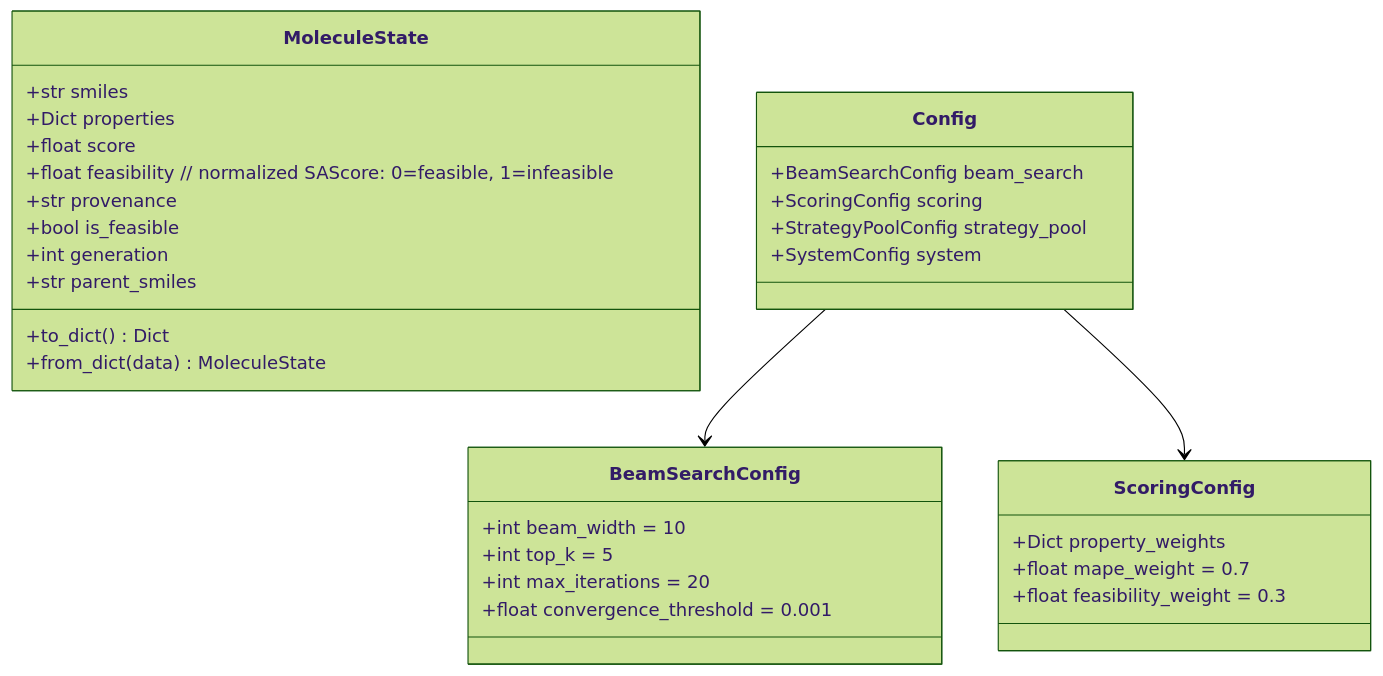
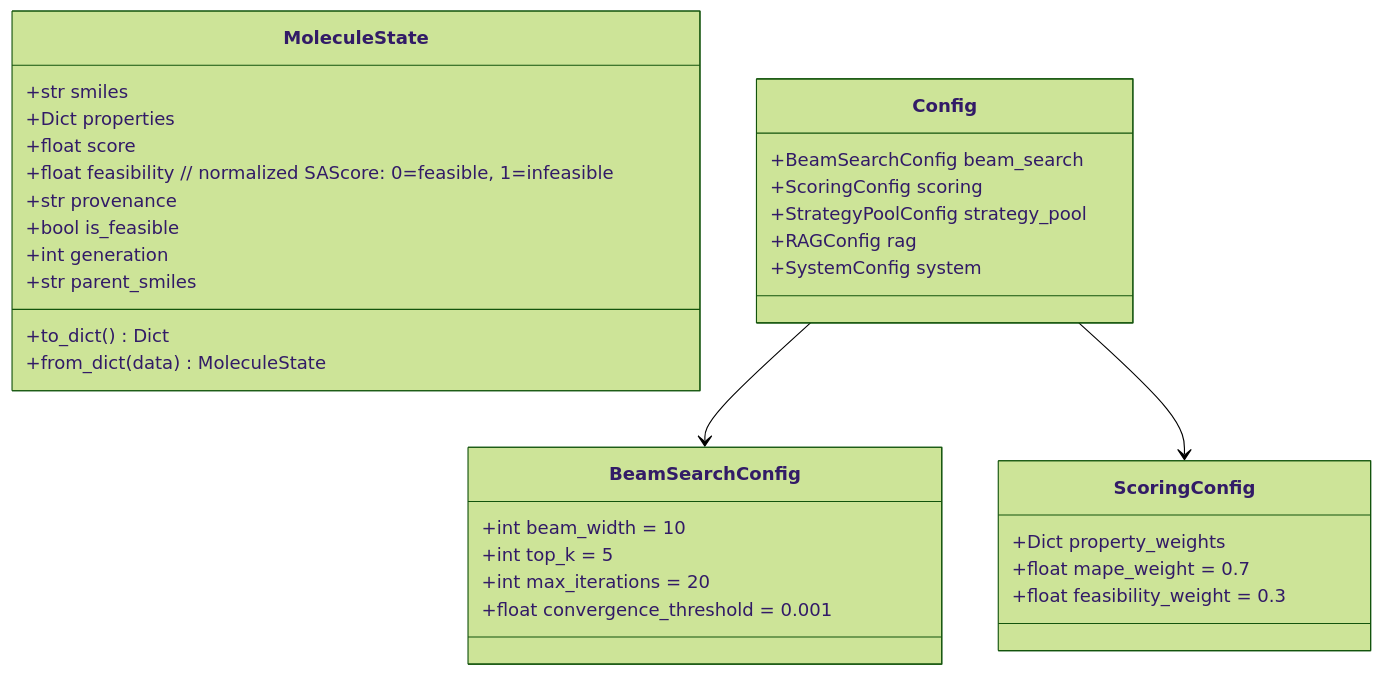
One commit to josefberman/EnergeticGraph changed the fifth of 19 diagrams in docs/system_design.md. Above: the diagram before and after it, drawn with Mermaid (forest theme). The commit also changed other lines of this file and 8 other files, not shown here.

Commit message:
feat: Add RAGConfig for Retrieval-Augmented Generation; integrate RAG property retrieval in ChemistAgent for enhanced property lookup from literature before ML prediction. Update system design documentation to reflect new RAG module and its workflow.

````diff
--- a/docs/system_design.md
+++ b/docs/system_design.md
@@ -201,38 +208,39 @@
 ```mermaid
 classDiagram
     class MoleculeState {
         +str smiles
         +Dict properties
         +float score
         +float feasibility  // normalized SAScore: 0=feasible, 1=infeasible
         +str provenance
         +bool is_feasible
         +int generation
         +str parent_smiles
         +to_dict() Dict
         +from_dict(data) MoleculeState
     }
     
     class Config {
         +BeamSearchConfig beam_search
         +ScoringConfig scoring
         +StrategyPoolConfig strategy_pool
+        +RAGConfig rag
         +SystemConfig system
     }
     
     class BeamSearchConfig {
         +int beam_width = 10
         +int top_k = 5
         +int max_iterations = 20
         +float convergence_threshold = 0.001
     }
     
     class ScoringConfig {
         +Dict property_weights
         +float mape_weight = 0.7
         +float feasibility_weight = 0.3
     }
     
     Config --> BeamSearchConfig
     Config --> ScoringConfig
 ```
````
